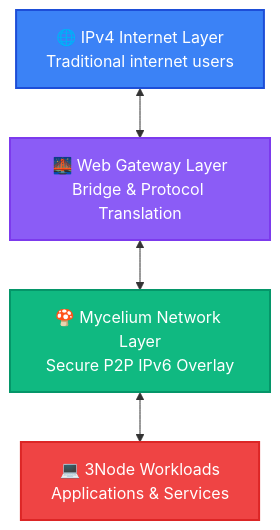
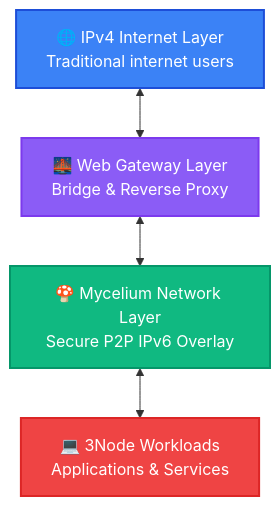
The first of 3 diagrams in labs/docs/documentation/farmers/advanced_networking_toc/web_gateway/web_gateway_architecture.md (threefoldtech/info_grid), drawn with Mermaid before and after one commit. The commit also changed other lines of this file, not shown here.

Commit message:
web gateway fix typos

````diff
--- a/labs/docs/documentation/farmers/advanced_networking_toc/web_gateway/web_gateway_architecture.md
+++ b/labs/docs/documentation/farmers/advanced_networking_toc/web_gateway/web_gateway_architecture.md
@@ -20,21 +20,21 @@
 ```mermaid
 graph TB
     A["🌐 IPv4 Internet Layer<br/>Traditional internet users"] 
-    B["🌉 Web Gateway Layer<br/>Bridge & Protocol Translation"]
+    B["🌉 Web Gateway Layer<br/>Bridge & Reverse Proxy"]
     C["🍄 Mycelium Network Layer<br/>Secure P2P IPv6 Overlay"]
     D["💻 3Node Workloads<br/>Applications & Services"]
     
     A <--> B
     B <--> C
     C <--> D
     
     classDef internetClass fill:#3b82f6,stroke:#1d4ed8,stroke-width:2px,color:#ffffff
     classDef gatewayClass fill:#8b5cf6,stroke:#7c3aed,stroke-width:2px,color:#ffffff
     classDef myceliumClass fill:#10b981,stroke:#059669,stroke-width:2px,color:#ffffff
     classDef nodeClass fill:#ef4444,stroke:#dc2626,stroke-width:2px,color:#ffffff
     
     class A internetClass
     class B gatewayClass
     class C myceliumClass
     class D nodeClass
 ```
````
